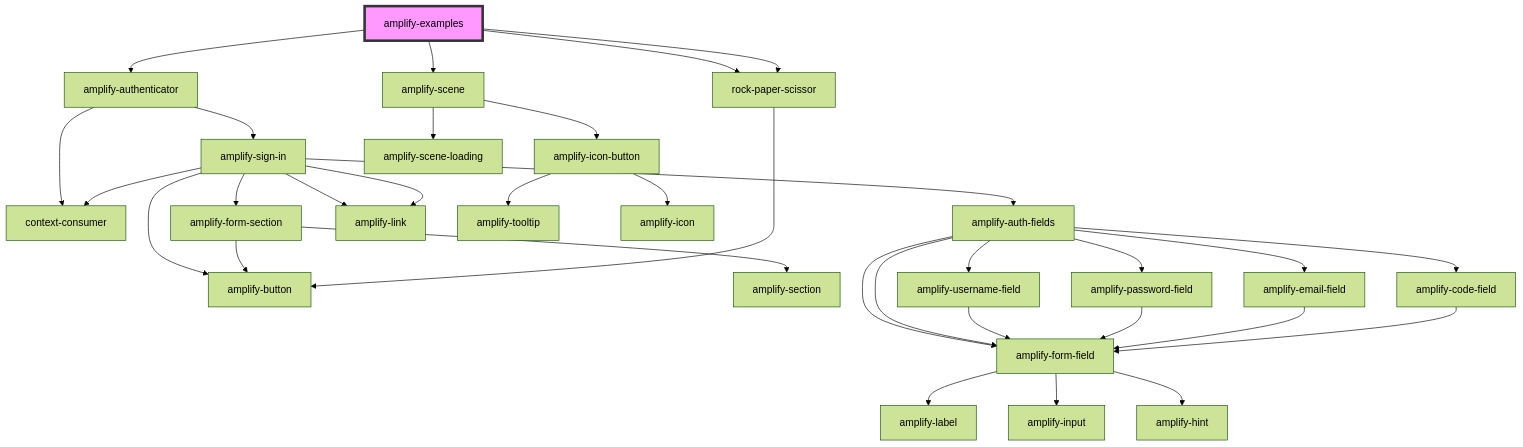
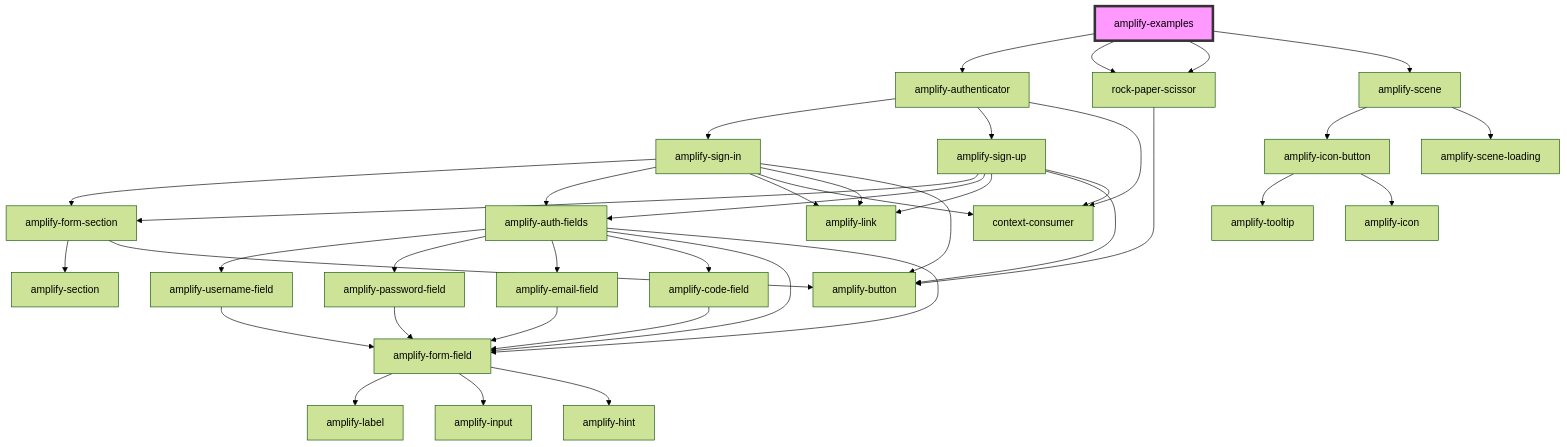
One commit to aws-amplify/amplify-js changed the diagram in packages/amplify-ui-components/src/components/amplify-examples/readme.md. Above: the diagram before and after it, drawn with Mermaid (forest theme). The commit also changed 17 other files, not shown here.

Commit message:
feat:(@aws-amplify/ui-compnents) Initial commit for SignUp comp

````diff
--- a/packages/amplify-ui-components/src/components/amplify-examples/readme.md
+++ b/packages/amplify-ui-components/src/components/amplify-examples/readme.md
@@ -16,36 +16,42 @@
 ```mermaid
 graph TD;
   amplify-examples --> amplify-authenticator
   amplify-examples --> rock-paper-scissor
   amplify-examples --> rock-paper-scissor
   amplify-examples --> amplify-scene
   amplify-authenticator --> amplify-sign-in
+  amplify-authenticator --> amplify-sign-up
   amplify-authenticator --> context-consumer
   amplify-sign-in --> amplify-form-section
   amplify-sign-in --> amplify-auth-fields
   amplify-sign-in --> amplify-link
   amplify-sign-in --> context-consumer
   amplify-sign-in --> amplify-link
   amplify-sign-in --> amplify-button
   amplify-form-section --> amplify-section
   amplify-form-section --> amplify-button
   amplify-auth-fields --> amplify-username-field
   amplify-auth-fields --> amplify-password-field
   amplify-auth-fields --> amplify-email-field
   amplify-auth-fields --> amplify-code-field
   amplify-auth-fields --> amplify-form-field
   amplify-auth-fields --> amplify-form-field
   amplify-username-field --> amplify-form-field
   amplify-form-field --> amplify-label
   amplify-form-field --> amplify-input
   amplify-form-field --> amplify-hint
   amplify-password-field --> amplify-form-field
   amplify-email-field --> amplify-form-field
   amplify-code-field --> amplify-form-field
+  amplify-sign-up --> amplify-form-section
+  amplify-sign-up --> amplify-auth-fields
+  amplify-sign-up --> amplify-link
+  amplify-sign-up --> amplify-button
+  amplify-sign-up --> context-consumer
   rock-paper-scissor --> amplify-button
   amplify-scene --> amplify-icon-button
   amplify-scene --> amplify-scene-loading
   amplify-icon-button --> amplify-tooltip
   amplify-icon-button --> amplify-icon
   style amplify-examples fill:#f9f,stroke:#333,stroke-width:4px
 ```
````
